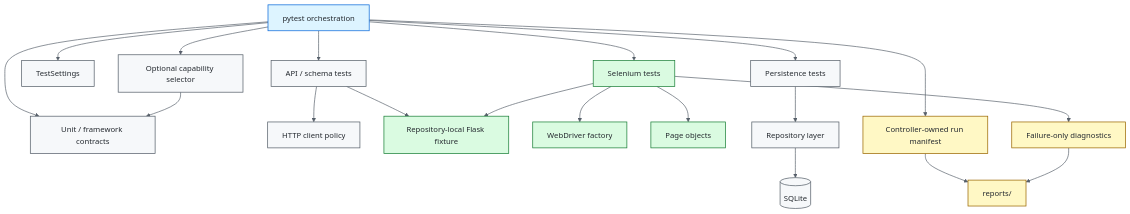
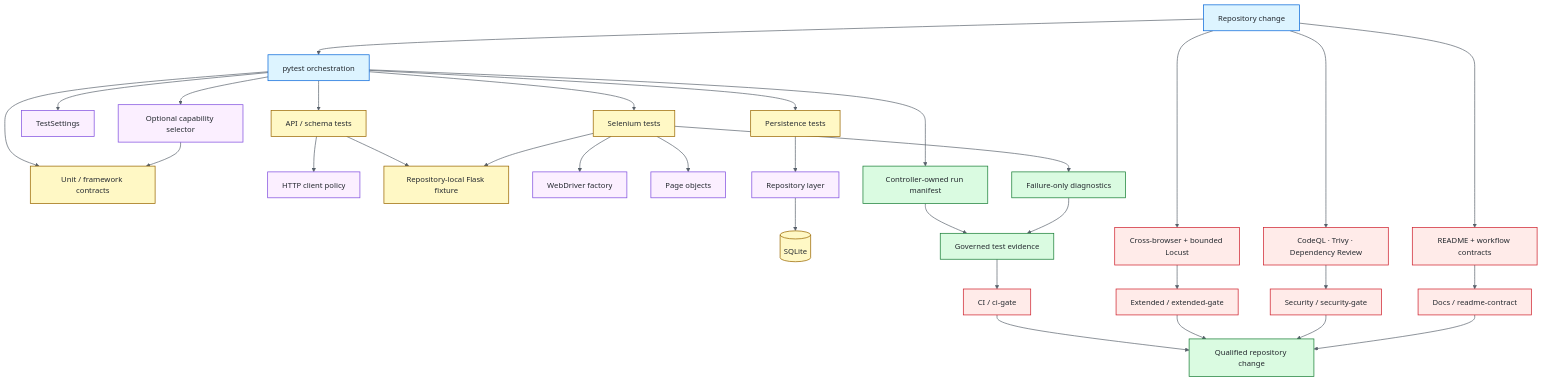
The diagram in README.md (portyu9/qa-automation-python-pytest), drawn with Mermaid before and after one commit. The commit also changed 1 other file, not shown here.

Commit message:
docs: elevate README architecture diagram

````diff
--- a/README.md
+++ b/README.md
@@ -41,31 +41,49 @@
 ```mermaid
 flowchart TD
-    PYTEST[pytest orchestration] --> SELECT[Optional capability selector]
+    CHANGE[Repository change] --> PYTEST[pytest orchestration]
+    PYTEST --> SELECT[Optional capability selector]
     PYTEST --> CFG[TestSettings]
     PYTEST --> UNIT[Unit / framework contracts]
     PYTEST --> API[API / schema tests]
     PYTEST --> DB[Persistence tests]
     PYTEST --> UI[Selenium tests]
     SELECT --> UNIT
     API --> HTTP[HTTP client policy]
     API --> FIX[Repository-local Flask fixture]
     UI --> DRIVER[WebDriver factory]
     UI --> PAGE[Page objects]
     UI --> FIX
     DB --> REPO[Repository layer]
     REPO --> SQLITE[(SQLite)]
     PYTEST --> MAN[Controller-owned run manifest]
     UI --> DIAG[Failure-only diagnostics]
-    MAN --> REPORTS[reports/]
+    MAN --> REPORTS[Governed test evidence]
     DIAG --> REPORTS
+    REPORTS --> CIG[CI / ci-gate]
+
+    CHANGE --> EXT[Cross-browser + bounded Locust]
+    EXT --> EG[Extended / extended-gate]
+
+    CHANGE --> SEC[CodeQL · Trivy · Dependency Review]
+    SEC --> SG[Security / security-gate]
+
+    CHANGE --> DOCS[README + workflow contracts]
+    DOCS --> DG[Docs / readme-contract]
+
+    CIG --> RESULT[Qualified repository change]
+    EG --> RESULT
+    SG --> RESULT
+    DG --> RESULT
 
     classDef entry fill:#ddf4ff,stroke:#0969da,color:#24292f,stroke-width:1.5px;
-    classDef core fill:#f6f8fa,stroke:#57606a,color:#24292f,stroke-width:1.5px;
-    classDef boundary fill:#dafbe1,stroke:#1a7f37,color:#24292f,stroke-width:1.5px;
-    classDef evidence fill:#fff8c5,stroke:#9a6700,color:#24292f,stroke-width:1.5px;
-    class PYTEST entry;
-    class SELECT,CFG,UNIT,API,DB,HTTP,REPO,SQLITE core;
-    class UI,DRIVER,PAGE,FIX boundary;
-    class MAN,DIAG,REPORTS evidence;
+    classDef policy fill:#fbefff,stroke:#8250df,color:#24292f,stroke-width:1.5px;
+    classDef runtime fill:#fff8c5,stroke:#9a6700,color:#24292f,stroke-width:1.5px;
+    classDef evidence fill:#dafbe1,stroke:#1a7f37,color:#24292f,stroke-width:1.5px;
+    classDef gate fill:#ffebe9,stroke:#cf222e,color:#24292f,stroke-width:1.5px;
+    class CHANGE,PYTEST entry;
+    class SELECT,CFG,HTTP,DRIVER,PAGE,REPO policy;
+    class UNIT,API,DB,UI,FIX,SQLITE runtime;
+    class MAN,DIAG,REPORTS,RESULT evidence;
+    class EXT,EG,SEC,SG,DOCS,DG,CIG gate;
     linkStyle default stroke:#57606a,stroke-width:1.4px;
 ```
````
